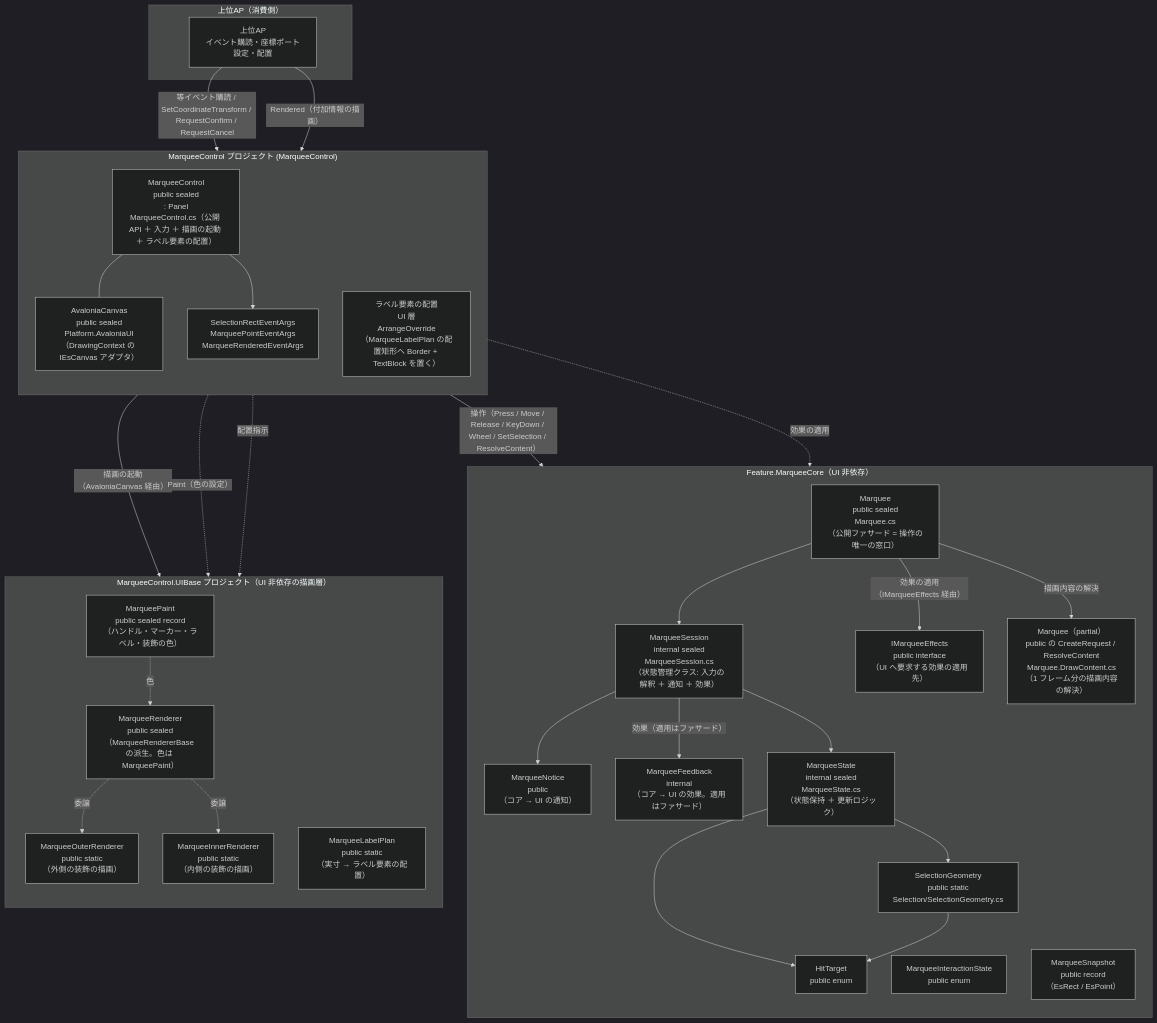
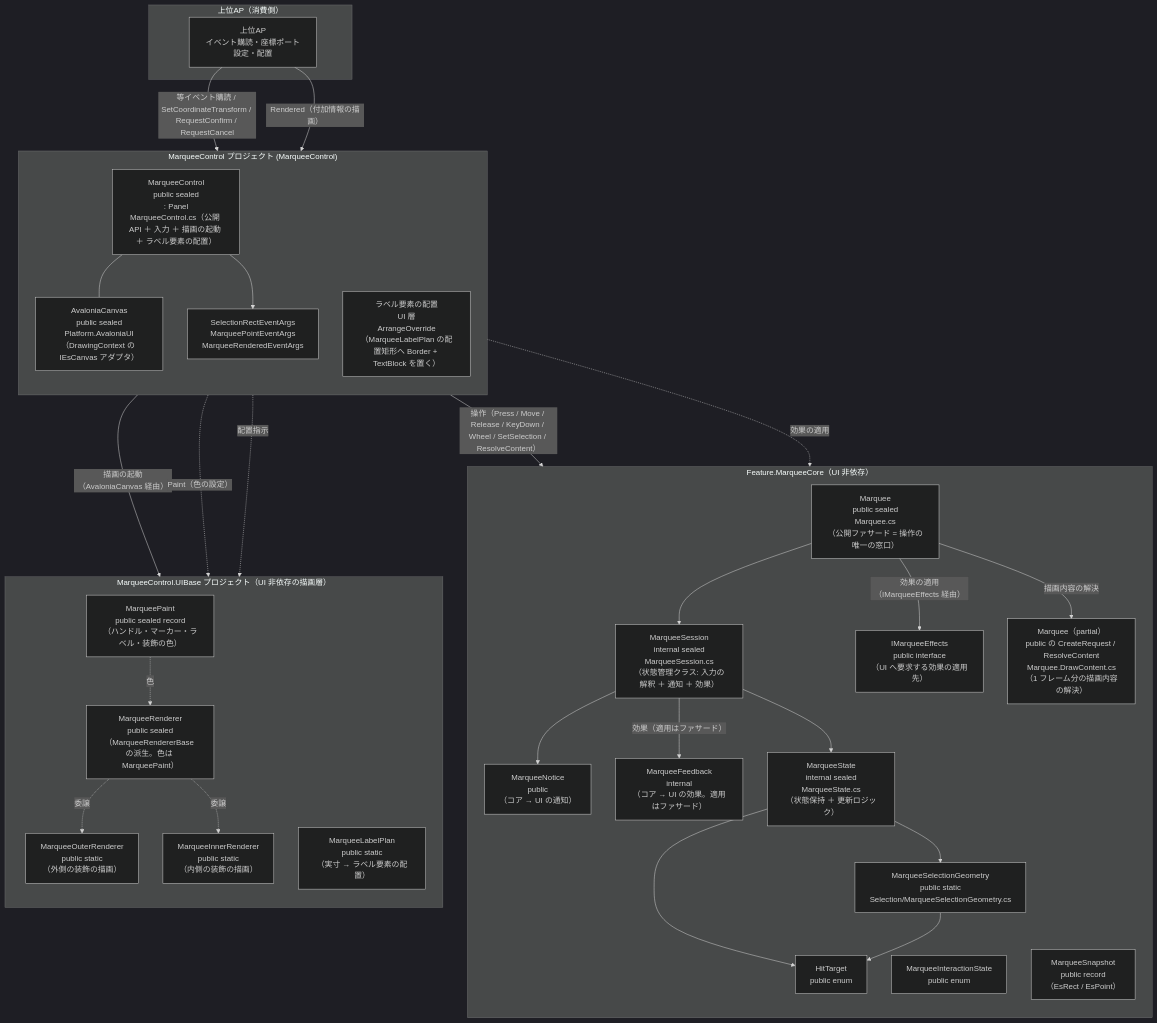
One commit to tomokuni/SaveEvidence changed the first of 2 diagrams in src/MarqueeControl.AvaloniaUI/SPEC_System.md. Above: the diagram before and after it, drawn with Mermaid (dark theme). The commit also changed other lines of this file and 39 other files, not shown here.

````diff
--- a/src/MarqueeControl.AvaloniaUI/SPEC_System.md
+++ b/src/MarqueeControl.AvaloniaUI/SPEC_System.md
@@ -99,57 +99,57 @@
 ```mermaid
 flowchart TB
     subgraph Host["上位AP（消費側）"]
         AP["上位AP<br/>イベント購読・座標ポート設定・配置"]
     end
     subgraph Core["Feature.MarqueeCore（UI 非依存）"]
         direction TB
         Fac["Marquee<br/>public sealed<br/>Marquee.cs<br/>（公開ファサード = 操作の唯一の窓口）"]
         Eff["IMarqueeEffects<br/>public interface<br/>（UI へ要求する効果の適用先）"]
         Ses["MarqueeSession<br/>internal sealed<br/>MarqueeSession.cs<br/>（状態管理クラス: 入力の解釈 ＋ 通知 ＋ 効果）"]
         Ntc["MarqueeNotice<br/>public<br/>（コア → UI の通知）"]
         Fbk["MarqueeFeedback<br/>internal<br/>（コア → UI の効果。適用はファサード）"]
         Stt["MarqueeState<br/>internal sealed<br/>MarqueeState.cs<br/>（状態保持 ＋ 更新ロジック）"]
-        Geo["SelectionGeometry<br/>public static<br/>Selection/SelectionGeometry.cs"]
+        Geo["MarqueeSelectionGeometry<br/>public static<br/>Selection/MarqueeSelectionGeometry.cs"]
         Hdl["HitTarget<br/>public enum"]
         Hdl2["MarqueeInteractionState<br/>public enum"]
         Hdl3["MarqueeSnapshot<br/>public record<br/>（EsRect / EsPoint）"]
         Frm["Marquee（partial）<br/>public の CreateRequest / ResolveContent<br/>Marquee.DrawContent.cs<br/>（1 フレーム分の描画内容の解決）"]
     end
     subgraph DRC2["MarqueeControl プロジェクト (MarqueeControl)"]
         direction TB
         Ctl["MarqueeControl<br/>public sealed<br/>: Panel<br/>MarqueeControl.cs（公開 API ＋ 入力 ＋ 描画の起動 ＋ ラベル要素の配置）"]
         Cvs["AvaloniaCanvas<br/>public sealed<br/>Platform.AvaloniaUI<br/>（DrawingContext の IEsCanvas アダプタ）"]
         Lbl["ラベル要素の配置<br/>UI 層<br/>ArrangeOverride<br/>（MarqueeLabelPlan の配置矩形へ Border + TextBlock を置く）"]
         Evt["SelectionRectEventArgs<br/>MarqueePointEventArgs<br/>MarqueeRenderedEventArgs"]
     end
     subgraph Rnd2["MarqueeControl.UIBase プロジェクト（UI 非依存の描画層）"]
         direction TB
         Drw["MarqueeRenderer<br/>public sealed<br/>（MarqueeRendererBase の派生。色は MarqueePaint）"]
         Pnt["MarqueePaint<br/>public sealed record<br/>（ハンドル・マーカー・ラベル・装飾の色）"]
         Odr["MarqueeOuterRenderer<br/>public static<br/>（外側の装飾の描画）"]
         Idr["MarqueeInnerRenderer<br/>public static<br/>（内側の装飾の描画）"]
         Pln["MarqueeLabelPlan<br/>public static<br/>（実寸 → ラベル要素の配置）"]
     end
 
     AP -->|等イベント購読 / SetCoordinateTransform / RequestConfirm / RequestCancel| Ctl
     AP -->|Rendered（付加情報の描画）| Lbl
     Ctl -->|操作（Press / Move / Release / KeyDown / Wheel / SetSelection / ResolveContent）| Fac
     Ctl -.->|効果の適用| Eff
     Ctl -->|描画の起動（AvaloniaCanvas 経由）| Drw
     Ctl -.->|Paint（色の設定）| Pnt
     Pnt -.->|色| Drw
     Drw -.->|委譲| Odr
     Drw -.->|委譲| Idr
     Ctl -.->|配置指示| Pln
     Ctl --- Cvs
     Fac --> Ses
     Fac -->|効果の適用（IMarqueeEffects 経由）| Eff
     Fac -->|描画内容の解決| Frm
     Ctl --> Evt
     Ses --> Ntc
     Ses -->|効果（適用はファサード）| Fbk
     Ses --> Stt
     Stt --> Geo
     Stt --> Hdl
     Geo --> Hdl
 ```
````
